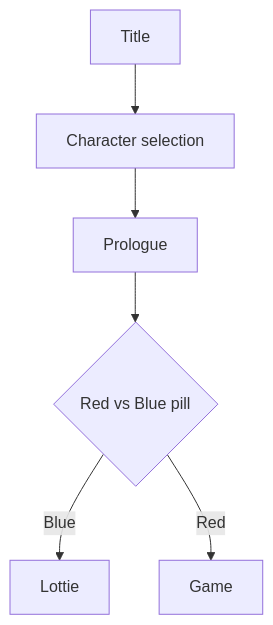
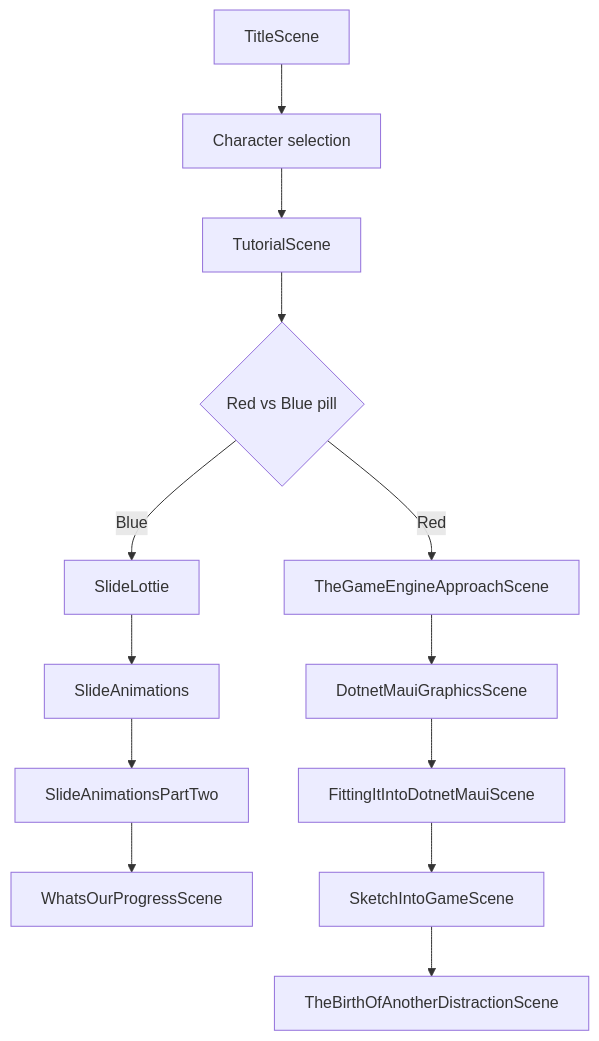
One commit to bijington/orbit changed the diagram in games/ChooseYourOwnAdventure/ChooseYourOwnAdventure/Slides/SlideThoughts.md. Above: the diagram before and after it, drawn with Mermaid. The commit also changed other lines of this file and 11 other files, not shown here.

````diff
--- a/games/ChooseYourOwnAdventure/ChooseYourOwnAdventure/Slides/SlideThoughts.md
+++ b/games/ChooseYourOwnAdventure/ChooseYourOwnAdventure/Slides/SlideThoughts.md
@@ -47,8 +51,17 @@
 ```mermaid
 flowchart TD
-    Title --> CharacterSelection[Character selection]
-    CharacterSelection --> Prologue
-    Prologue --> RedBlue{Red vs Blue pill}
-    RedBlue -- Blue --> Lottie
-    RedBlue -- Red --> Game
+    TitleScene --> CharacterSelectionScene[Character selection]
+    CharacterSelectionScene --> TutorialScene
+    TutorialScene --> RedVersusBluePillScene{Red vs Blue pill}
+    RedVersusBluePillScene -- Blue --> SlideLottie
+    RedVersusBluePillScene -- Red --> TheGameEngineApproachScene
+
+    SlideLottie --> SlideAnimations
+    SlideAnimations --> SlideAnimationsPartTwo
+    SlideAnimationsPartTwo --> WhatsOurProgressScene
+
+    TheGameEngineApproachScene --> DotnetMauiGraphicsScene
+    DotnetMauiGraphicsScene --> FittingItIntoDotnetMauiScene
+    FittingItIntoDotnetMauiScene --> SketchIntoGameScene
+    SketchIntoGameScene --> TheBirthOfAnotherDistractionScene
 ```
````
